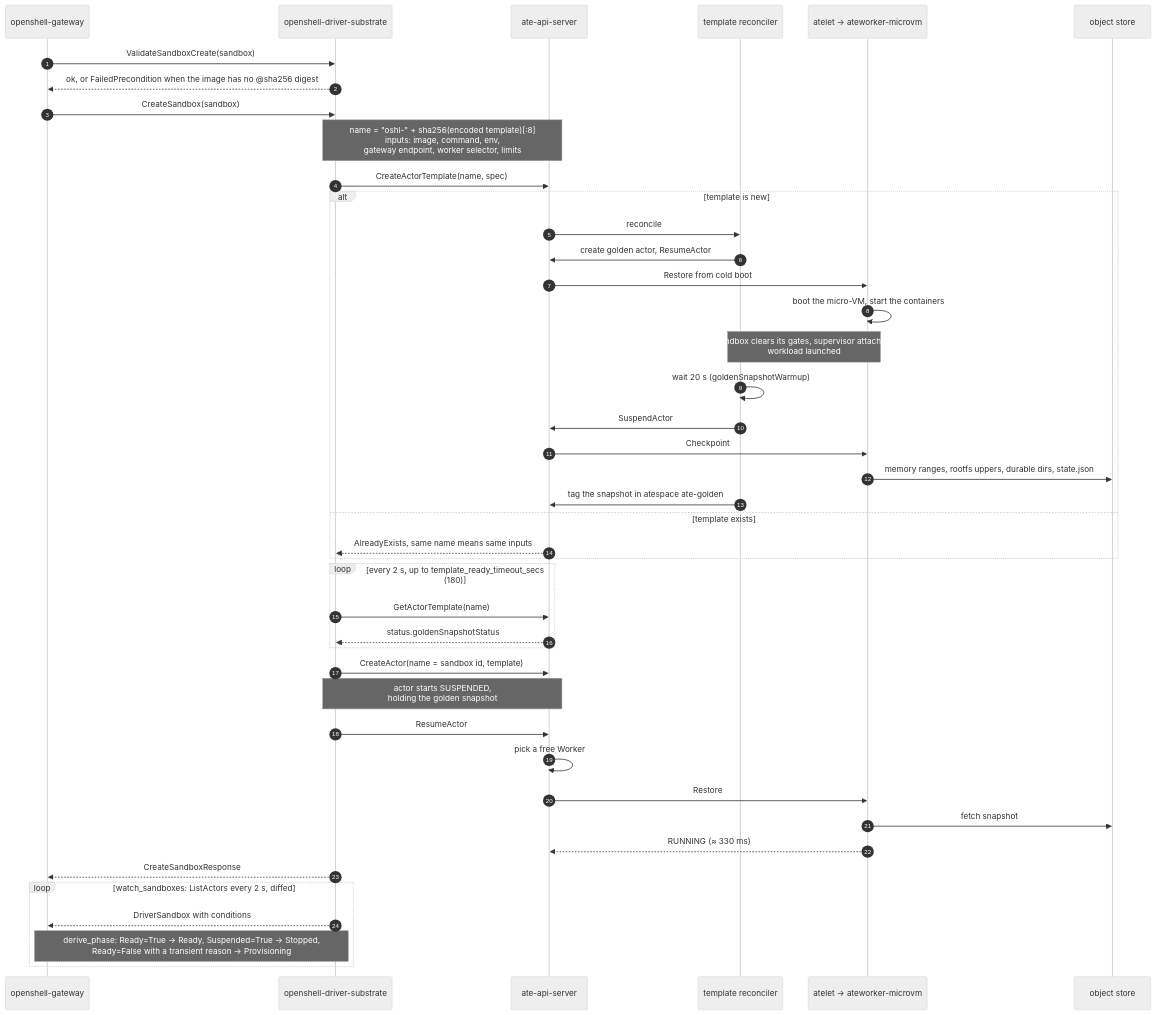
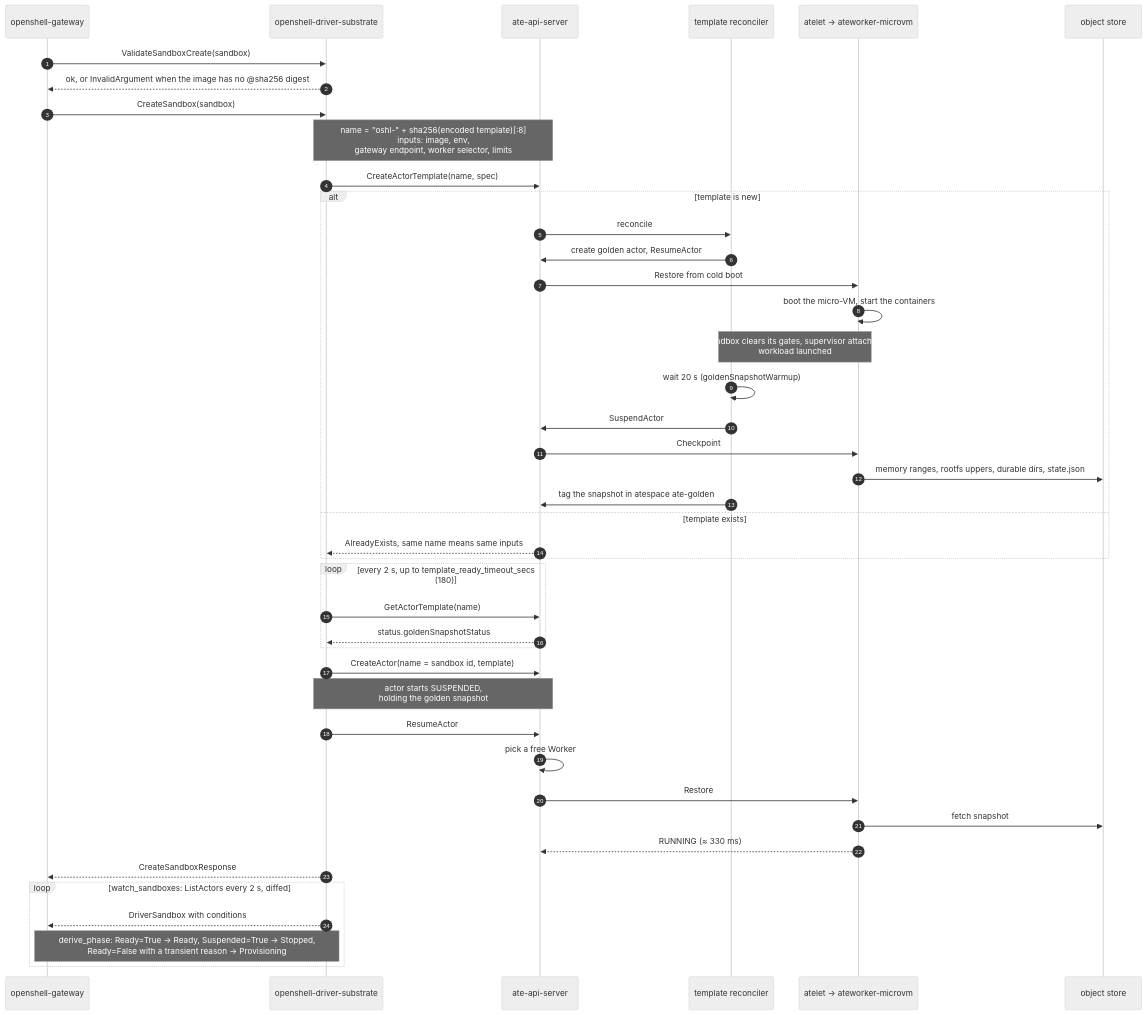
The fourth of 8 diagrams in docs/architecture.md (dims/openshell-driver-substrate), drawn with Mermaid (neutral theme) before and after one commit. The commit also changed other lines of this file and 1 other file, not shown here.

````diff
--- a/docs/architecture.md
+++ b/docs/architecture.md
@@ -348,46 +348,46 @@
 ```mermaid
 sequenceDiagram
   autonumber
   participant GW as openshell-gateway
   participant D as openshell-driver-substrate
   participant API as ate-api-server
   participant R as template reconciler
   participant W as atelet → ateworker-microvm
   participant S as object store
 
   GW->>D: ValidateSandboxCreate(sandbox)
-  D-->>GW: ok, or FailedPrecondition when the image has no @sha256 digest
+  D-->>GW: ok, or InvalidArgument when the image has no @sha256 digest
   GW->>D: CreateSandbox(sandbox)
-  Note over D,API: name = "oshl-" + sha256(encoded template)[:8]<br/>inputs: image, command, env,<br/>gateway endpoint, worker selector, limits
+  Note over D,API: name = "oshl-" + sha256(encoded template)[:8]<br/>inputs: image, env,<br/>gateway endpoint, worker selector, limits
   D->>API: CreateActorTemplate(name, spec)
   alt template is new
     API->>R: reconcile
     R->>API: create golden actor, ResumeActor
     API->>W: Restore from cold boot
     W->>W: boot the micro-VM, start the containers
     Note over R,W: sandbox clears its gates, supervisor attaches,<br/>workload launched
     R->>R: wait 20 s (goldenSnapshotWarmup)
     R->>API: SuspendActor
     API->>W: Checkpoint
     W->>S: memory ranges, rootfs uppers, durable dirs, state.json
     R->>API: tag the snapshot in atespace ate-golden
   else template exists
     API-->>D: AlreadyExists, same name means same inputs
   end
   loop every 2 s, up to template_ready_timeout_secs (180)
     D->>API: GetActorTemplate(name)
     API-->>D: status.goldenSnapshotStatus
   end
   D->>API: CreateActor(name = sandbox id, template)
   Note over D,API: actor starts SUSPENDED,<br/>holding the golden snapshot
   D->>API: ResumeActor
   API->>API: pick a free Worker
   API->>W: Restore
   W->>S: fetch snapshot
   W-->>API: RUNNING (≈ 330 ms)
   D-->>GW: CreateSandboxResponse
   loop watch_sandboxes: ListActors every 2 s, diffed
     D-->>GW: DriverSandbox with conditions
     Note over GW,D: derive_phase: Ready=True → Ready, Suspended=True → Stopped,<br/>Ready=False with a transient reason → Provisioning
   end
 ```
````
